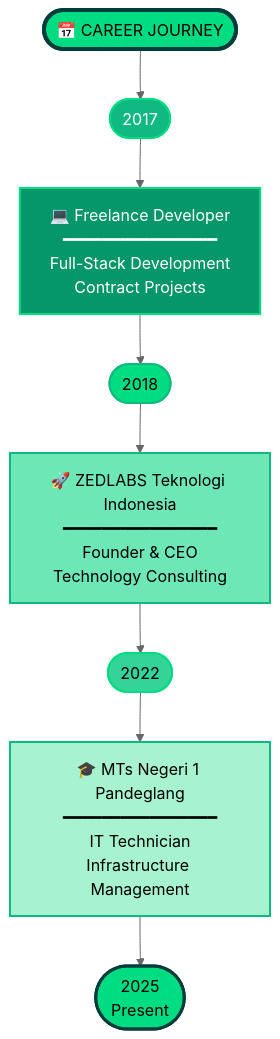
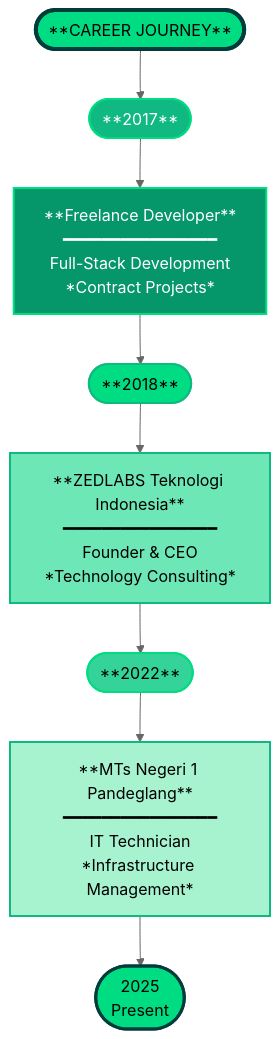
The second of 2 diagrams in README.mdx (zulfikriyahya/zulfikriyahya), drawn with Mermaid (neutral theme) before and after one commit.

````diff
--- a/README.mdx
+++ b/README.mdx
@@ -173,32 +173,32 @@
 ```mermaid
 graph TB
-    TITLE(["📅 CAREER JOURNEY"])
+    TITLE(["**CAREER JOURNEY**"])
 
-    Y2017(["2017"])
-    F["💻 Freelance Developer<br/>━━━━━━━━━━━━━━━━<br/>Full-Stack Development<br/>Contract Projects"]
+    Y2017(["**2017**"])
+    F["**Freelance Developer**<br/>━━━━━━━━━━━━━━━━<br/>Full-Stack Development<br/>*Contract Projects*"]
 
-    Y2018(["2018"])
-    Z["🚀 ZEDLABS Teknologi Indonesia<br/>━━━━━━━━━━━━━━━━<br/>Founder & CEO<br/>Technology Consulting"]
+    Y2018(["**2018**"])
+    Z["**ZEDLABS Teknologi Indonesia**<br/>━━━━━━━━━━━━━━━━<br/>Founder & CEO<br/>*Technology Consulting*"]
 
-    Y2022(["2022"])
-    M["🎓 MTs Negeri 1 Pandeglang<br/>━━━━━━━━━━━━━━━━<br/>IT Technician<br/>Infrastructure Management"]
+    Y2022(["**2022**"])
+    M["**MTs Negeri 1 Pandeglang**<br/>━━━━━━━━━━━━━━━━<br/>IT Technician<br/>*Infrastructure Management*"]
 
     NOW(["2025<br/>Present"])
 
     TITLE --> Y2017
     Y2017 --> F
     F --> Y2018
     Y2018 --> Z
     Z --> Y2022
     Y2022 --> M
     M --> NOW
 
     style TITLE fill:#00DC82,stroke:#003C3C,stroke-width:4px,color:#000
     style Y2017 fill:#10B981,stroke:#00DC82,stroke-width:2px,color:#fff
     style Y2018 fill:#00DC82,stroke:#10B981,stroke-width:2px,color:#000
     style Y2022 fill:#34D399,stroke:#00DC82,stroke-width:2px,color:#000
     style NOW fill:#00DC82,stroke:#003C3C,stroke-width:3px,color:#000
     style F fill:#059669,stroke:#00DC82,stroke-width:2px,color:#fff
     style Z fill:#6EE7B7,stroke:#10B981,stroke-width:2px,color:#000
     style M fill:#A7F3D0,stroke:#10B981,stroke-width:2px,color:#000
 ```
````
